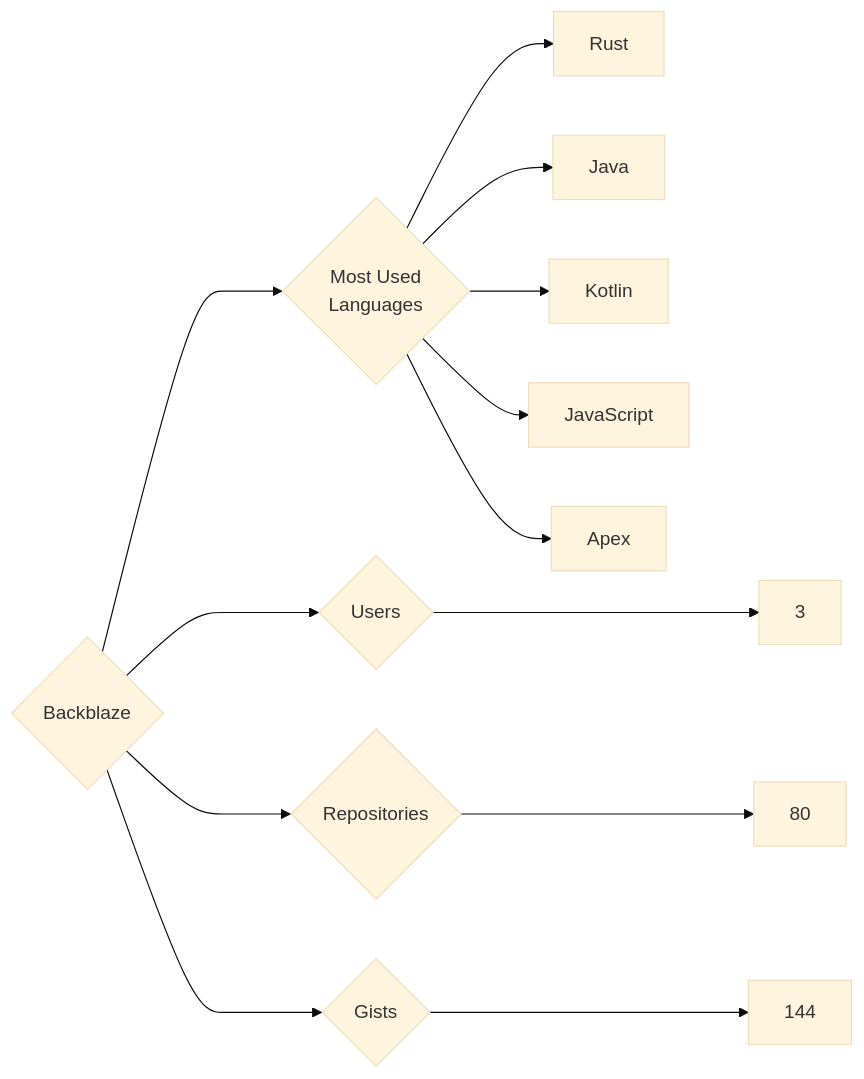
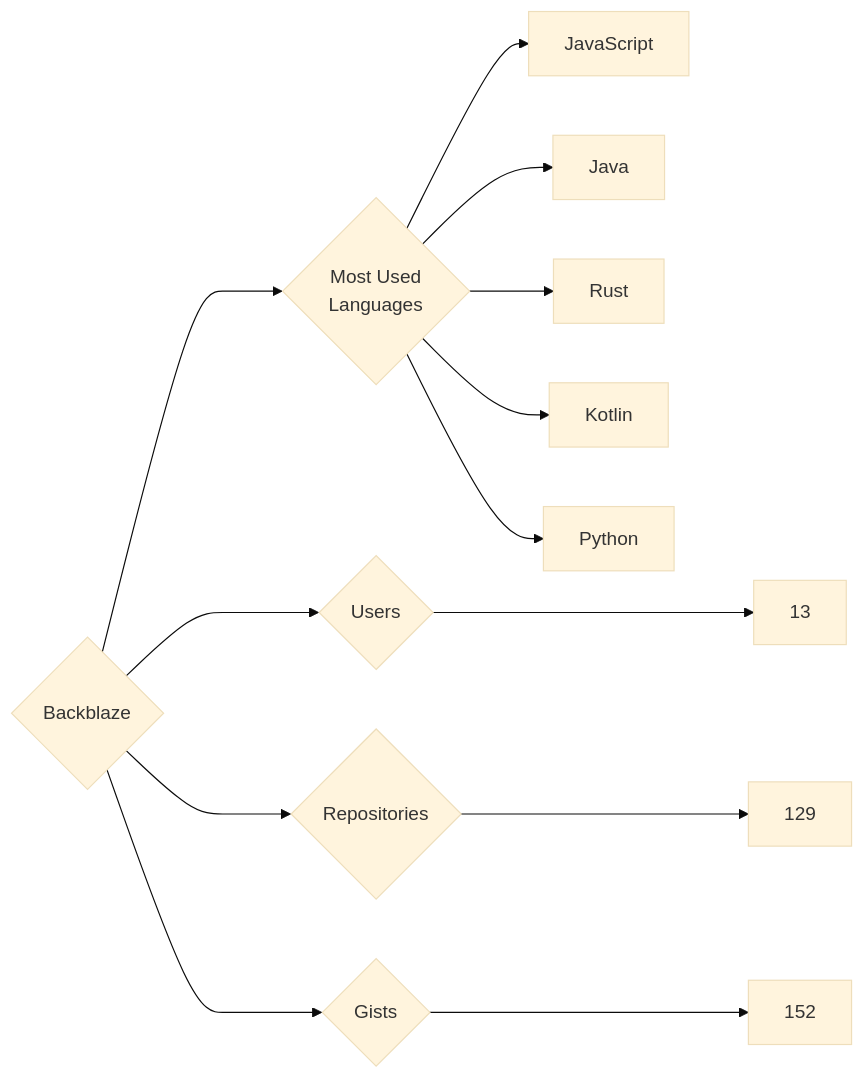
One commit to trickest/insiders changed the diagram in targets/Backblaze/README.md. Above: the diagram before and after it, drawn with Mermaid (base theme). The commit also changed 899 other files, not shown here.

````diff
--- a/targets/Backblaze/README.md
+++ b/targets/Backblaze/README.md
@@ -3,13 +3,13 @@
 ```mermaid
 graph LR
 COMPANY_NAME{Backblaze}
-COMPANY_NAME ---> U{Users} ---> UN[3]
-COMPANY_NAME ---> R{Repositories} ---> RN[80]
-COMPANY_NAME ---> G{Gists} ---> GN[144]
+COMPANY_NAME ---> U{Users} ---> UN[13]
+COMPANY_NAME ---> R{Repositories} ---> RN[129]
+COMPANY_NAME ---> G{Gists} ---> GN[152]
 COMPANY_NAME ---> ML{Most Used<br>Languages}
+ML --> JavaScript[JavaScript]
+ML --> Java[Java]
 ML --> Rust[Rust]
-ML --> Java[Java]
 ML --> Kotlin[Kotlin]
-ML --> JavaScript[JavaScript]
-ML --> Apex[Apex]
+ML --> Python[Python]
 ```
````
